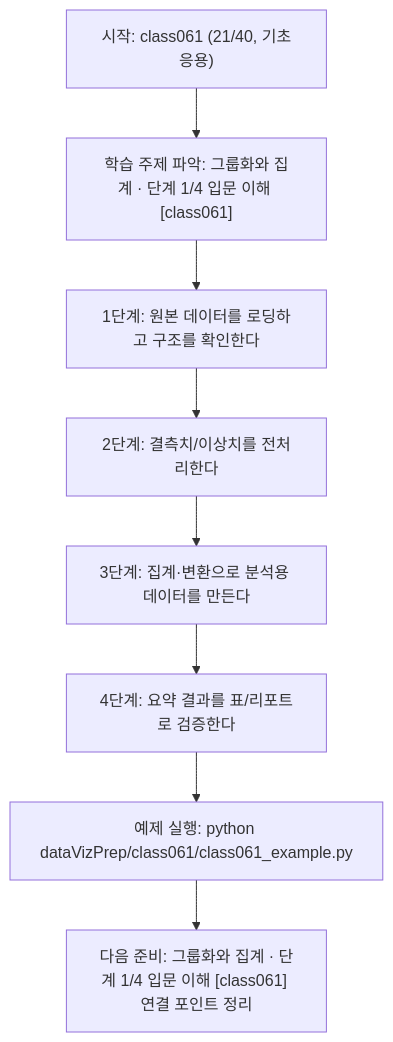
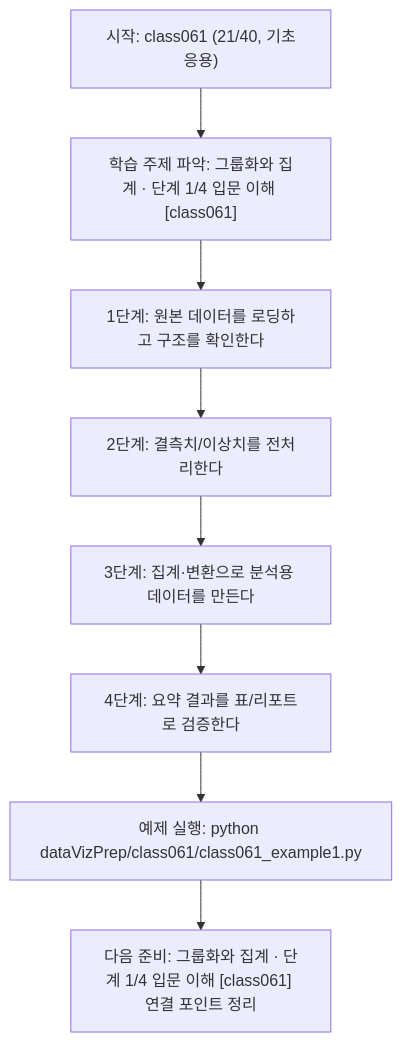
One commit to edumgt/Python-AI_Agent-Class changed the diagram in dataVizPrep/class061/class061.md. Above: the diagram before and after it, drawn with Mermaid. The commit also changed other lines of this file and 2959 other files, not shown here.

````diff
--- a/dataVizPrep/class061/class061.md
+++ b/dataVizPrep/class061/class061.md
@@ -110,18 +110,18 @@
 ```mermaid
 flowchart TD
 N1["시작: class061 (21/40, 기초응용)"]
 N2["학습 주제 파악: 그룹화와 집계 · 단계 1/4 입문 이해 [class061]"]
 N3["1단계: 원본 데이터를 로딩하고 구조를 확인한다"]
 N4["2단계: 결측치/이상치를 전처리한다"]
 N5["3단계: 집계·변환으로 분석용 데이터를 만든다"]
 N6["4단계: 요약 결과를 표/리포트로 검증한다"]
-N7["예제 실행: python dataVizPrep/class061/class061_example.py"]
+N7["예제 실행: python dataVizPrep/class061/class061_example1.py"]
 N8["다음 준비: 그룹화와 집계 · 단계 1/4 입문 이해 [class061] 연결 포인트 정리"]
 N1 --> N2
 N2 --> N3
 N3 --> N4
 N4 --> N5
 N5 --> N6
 N6 --> N7
 N7 --> N8
 ```
````
